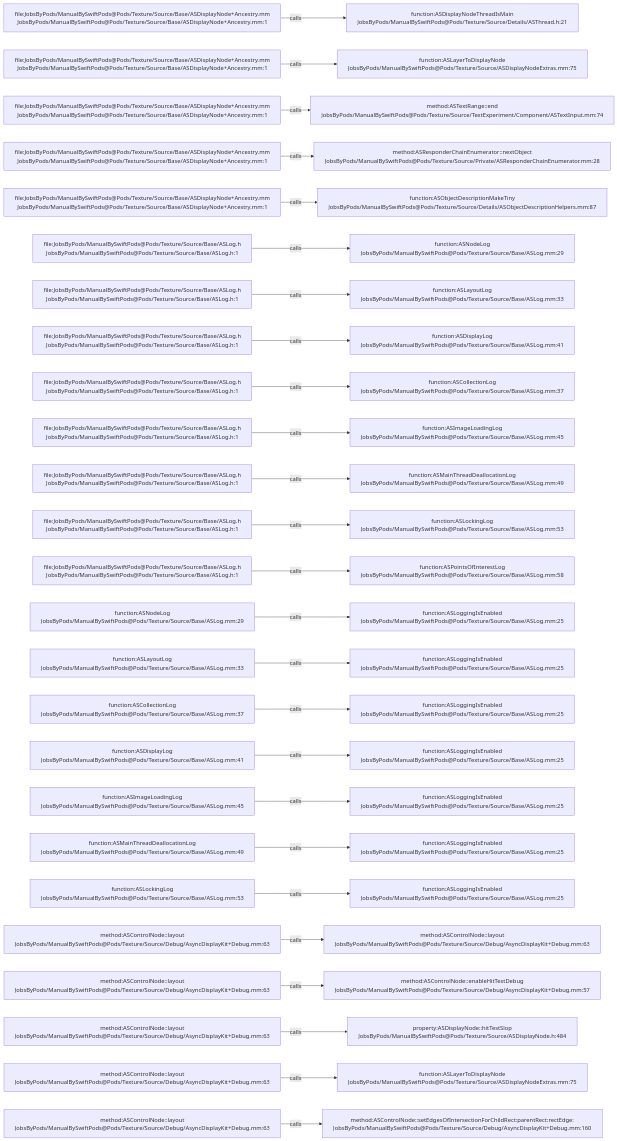
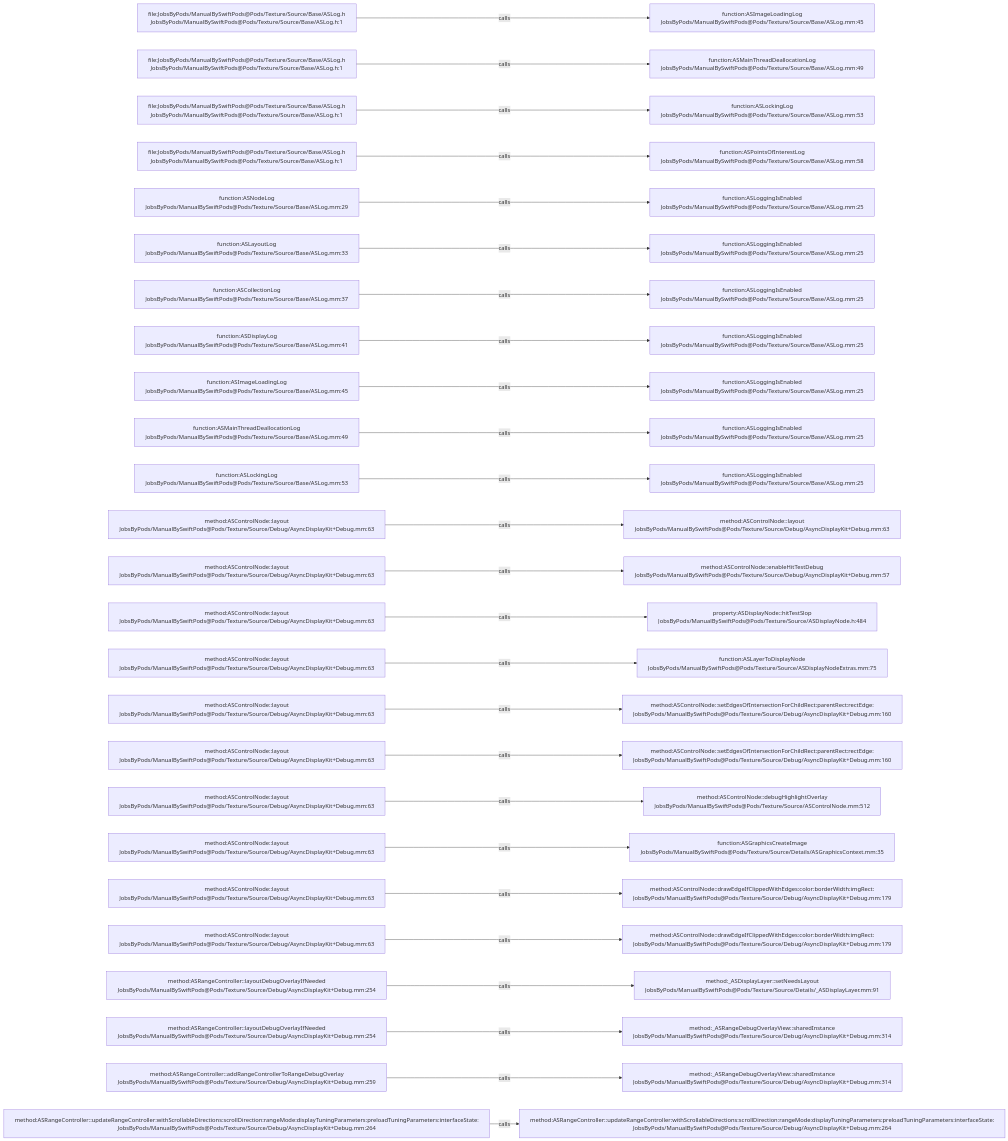
One commit to JobsKits/JobsSwiftBaseConfigDemo changed the diagram in .codegraph/codegraph.md/graphs/calls-079.md. Above: the diagram before and after it, drawn with Mermaid. The commit also changed 707 other files, not shown here.

````diff
--- a/.codegraph/codegraph.md/graphs/calls-079.md
+++ b/.codegraph/codegraph.md/graphs/calls-079.md
@@ -13,78 +13,78 @@
 ```mermaid
 flowchart LR
-  S1["file:JobsByPods/ManualBySwiftPods@Pods/Texture/Source/Base/ASDisplayNode+Ancestry.mm<br/>JobsByPods/ManualBySwiftPods@Pods/Texture/Source/Base/ASDisplayNode+Ancestry.mm:1"]
-  T1["function:ASDisplayNodeThreadIsMain<br/>JobsByPods/ManualBySwiftPods@Pods/Texture/Source/Details/ASThread.h:21"]
+  S1["file:JobsByPods/ManualBySwiftPods@Pods/Texture/Source/Base/ASLog.h<br/>JobsByPods/ManualBySwiftPods@Pods/Texture/Source/Base/ASLog.h:1"]
+  T1["function:ASImageLoadingLog<br/>JobsByPods/ManualBySwiftPods@Pods/Texture/Source/Base/ASLog.mm:45"]
   S1 -->|calls| T1
-  S2["file:JobsByPods/ManualBySwiftPods@Pods/Texture/Source/Base/ASDisplayNode+Ancestry.mm<br/>JobsByPods/ManualBySwiftPods@Pods/Texture/Source/Base/ASDisplayNode+Ancestry.mm:1"]
-  T2["function:ASLayerToDisplayNode<br/>JobsByPods/ManualBySwiftPods@Pods/Texture/Source/ASDisplayNodeExtras.mm:75"]
+  S2["file:JobsByPods/ManualBySwiftPods@Pods/Texture/Source/Base/ASLog.h<br/>JobsByPods/ManualBySwiftPods@Pods/Texture/Source/Base/ASLog.h:1"]
+  T2["function:ASMainThreadDeallocationLog<br/>JobsByPods/ManualBySwiftPods@Pods/Texture/Source/Base/ASLog.mm:49"]
   S2 -->|calls| T2
-  S3["file:JobsByPods/ManualBySwiftPods@Pods/Texture/Source/Base/ASDisplayNode+Ancestry.mm<br/>JobsByPods/ManualBySwiftPods@Pods/Texture/Source/Base/ASDisplayNode+Ancestry.mm:1"]
-  T3["method:ASTextRange::end<br/>JobsByPods/ManualBySwiftPods@Pods/Texture/Source/TextExperiment/Component/ASTextInput.mm:74"]
+  S3["file:JobsByPods/ManualBySwiftPods@Pods/Texture/Source/Base/ASLog.h<br/>JobsByPods/ManualBySwiftPods@Pods/Texture/Source/Base/ASLog.h:1"]
+  T3["function:ASLockingLog<br/>JobsByPods/ManualBySwiftPods@Pods/Texture/Source/Base/ASLog.mm:53"]
   S3 -->|calls| T3
-  S4["file:JobsByPods/ManualBySwiftPods@Pods/Texture/Source/Base/ASDisplayNode+Ancestry.mm<br/>JobsByPods/ManualBySwiftPods@Pods/Texture/Source/Base/ASDisplayNode+Ancestry.mm:1"]
-  T4["method:ASResponderChainEnumerator::nextObject<br/>JobsByPods/ManualBySwiftPods@Pods/Texture/Source/Private/ASResponderChainEnumerator.mm:28"]
+  S4["file:JobsByPods/ManualBySwiftPods@Pods/Texture/Source/Base/ASLog.h<br/>JobsByPods/ManualBySwiftPods@Pods/Texture/Source/Base/ASLog.h:1"]
+  T4["function:ASPointsOfInterestLog<br/>JobsByPods/ManualBySwiftPods@Pods/Texture/Source/Base/ASLog.mm:58"]
   S4 -->|calls| T4
-  S5["file:JobsByPods/ManualBySwiftPods@Pods/Texture/Source/Base/ASDisplayNode+Ancestry.mm<br/>JobsByPods/ManualBySwiftPods@Pods/Texture/Source/Base/ASDisplayNode+Ancestry.mm:1"]
-  T5["function:ASObjectDescriptionMakeTiny<br/>JobsByPods/ManualBySwiftPods@Pods/Texture/Source/Details/ASObjectDescriptionHelpers.mm:87"]
+  S5["function:ASNodeLog<br/>JobsByPods/ManualBySwiftPods@Pods/Texture/Source/Base/ASLog.mm:29"]
+  T5["function:ASLoggingIsEnabled<br/>JobsByPods/ManualBySwiftPods@Pods/Texture/Source/Base/ASLog.mm:25"]
   S5 -->|calls| T5
-  S6["file:JobsByPods/ManualBySwiftPods@Pods/Texture/Source/Base/ASLog.h<br/>JobsByPods/ManualBySwiftPods@Pods/Texture/Source/Base/ASLog.h:1"]
-  T6["function:ASNodeLog<br/>JobsByPods/ManualBySwiftPods@Pods/Texture/Source/Base/ASLog.mm:29"]
+  S6["function:ASLayoutLog<br/>JobsByPods/ManualBySwiftPods@Pods/Texture/Source/Base/ASLog.mm:33"]
+  T6["function:ASLoggingIsEnabled<br/>JobsByPods/ManualBySwiftPods@Pods/Texture/Source/Base/ASLog.mm:25"]
   S6 -->|calls| T6
-  S7["file:JobsByPods/ManualBySwiftPods@Pods/Texture/Source/Base/ASLog.h<br/>JobsByPods/ManualBySwiftPods@Pods/Texture/Source/Base/ASLog.h:1"]
-  T7["function:ASLayoutLog<br/>JobsByPods/ManualBySwiftPods@Pods/Texture/Source/Base/ASLog.mm:33"]
+  S7["function:ASCollectionLog<br/>JobsByPods/ManualBySwiftPods@Pods/Texture/Source/Base/ASLog.mm:37"]
+  T7["function:ASLoggingIsEnabled<br/>JobsByPods/ManualBySwiftPods@Pods/Texture/Source/Base/ASLog.mm:25"]
   S7 -->|calls| T7
-  S8["file:JobsByPods/ManualBySwiftPods@Pods/Texture/Source/Base/ASLog.h<br/>JobsByPods/ManualBySwiftPods@Pods/Texture/Source/Base/ASLog.h:1"]
-  T8["function:ASDisplayLog<br/>JobsByPods/ManualBySwiftPods@Pods/Texture/Source/Base/ASLog.mm:41"]
+  S8["function:ASDisplayLog<br/>JobsByPods/ManualBySwiftPods@Pods/Texture/Source/Base/ASLog.mm:41"]
+  T8["function:ASLoggingIsEnabled<br/>JobsByPods/ManualBySwiftPods@Pods/Texture/Source/Base/ASLog.mm:25"]
   S8 -->|calls| T8
-  S9["file:JobsByPods/ManualBySwiftPods@Pods/Texture/Source/Base/ASLog.h<br/>JobsByPods/ManualBySwiftPods@Pods/Texture/Source/Base/ASLog.h:1"]
-  T9["function:ASCollectionLog<br/>JobsByPods/ManualBySwiftPods@Pods/Texture/Source/Base/ASLog.mm:37"]
+  S9["function:ASImageLoadingLog<br/>JobsByPods/ManualBySwiftPods@Pods/Texture/Source/Base/ASLog.mm:45"]
+  T9["function:ASLoggingIsEnabled<br/>JobsByPods/ManualBySwiftPods@Pods/Texture/Source/Base/ASLog.mm:25"]
   S9 -->|calls| T9
-  S10["file:JobsByPods/ManualBySwiftPods@Pods/Texture/Source/Base/ASLog.h<br/>JobsByPods/ManualBySwiftPods@Pods/Texture/Source/Base/ASLog.h:1"]
-  T10["function:ASImageLoadingLog<br/>JobsByPods/ManualBySwiftPods@Pods/Texture/Source/Base/ASLog.mm:45"]
+  S10["function:ASMainThreadDeallocationLog<br/>JobsByPods/ManualBySwiftPods@Pods/Texture/Source/Base/ASLog.mm:49"]
+  T10["function:ASLoggingIsEnabled<br/>JobsByPods/ManualBySwiftPods@Pods/Texture/Source/Base/ASLog.mm:25"]
   S10 -->|calls| T10
-  S11["file:JobsByPods/ManualBySwiftPods@Pods/Texture/Source/Base/ASLog.h<br/>JobsByPods/ManualBySwiftPods@Pods/Texture/Source/Base/ASLog.h:1"]
-  T11["function:ASMainThreadDeallocationLog<br/>JobsByPods/ManualBySwiftPods@Pods/Texture/Source/Base/ASLog.mm:49"]
+  S11["function:ASLockingLog<br/>JobsByPods/ManualBySwiftPods@Pods/Texture/Source/Base/ASLog.mm:53"]
+  T11["function:ASLoggingIsEnabled<br/>JobsByPods/ManualBySwiftPods@Pods/Texture/Source/Base/ASLog.mm:25"]
   S11 -->|calls| T11
-  S12["file:JobsByPods/ManualBySwiftPods@Pods/Texture/Source/Base/ASLog.h<br/>JobsByPods/ManualBySwiftPods@Pods/Texture/Source/Base/ASLog.h:1"]
-  T12["function:ASLockingLog<br/>JobsByPods/ManualBySwiftPods@Pods/Texture/Source/Base/ASLog.mm:53"]
+  S12["method:ASControlNode::layout<br/>JobsByPods/ManualBySwiftPods@Pods/Texture/Source/Debug/AsyncDisplayKit+Debug.mm:63"]
+  T12["method:ASControlNode::layout<br/>JobsByPods/ManualBySwiftPods@Pods/Texture/Source/Debug/AsyncDisplayKit+Debug.mm:63"]
   S12 -->|calls| T12
-  S13["file:JobsByPods/ManualBySwiftPods@Pods/Texture/Source/Base/ASLog.h<br/>JobsByPods/ManualBySwiftPods@Pods/Texture/Source/Base/ASLog.h:1"]
-  T13["function:ASPointsOfInterestLog<br/>JobsByPods/ManualBySwiftPods@Pods/Texture/Source/Base/ASLog.mm:58"]
+  S13["method:ASControlNode::layout<br/>JobsByPods/ManualBySwiftPods@Pods/Texture/Source/Debug/AsyncDisplayKit+Debug.mm:63"]
+  T13["method:ASControlNode::enableHitTestDebug<br/>JobsByPods/ManualBySwiftPods@Pods/Texture/Source/Debug/AsyncDisplayKit+Debug.mm:57"]
   S13 -->|calls| T13
-  S14["function:ASNodeLog<br/>JobsByPods/ManualBySwiftPods@Pods/Texture/Source/Base/ASLog.mm:29"]
-  T14["function:ASLoggingIsEnabled<br/>JobsByPods/ManualBySwiftPods@Pods/Texture/Source/Base/ASLog.mm:25"]
+  S14["method:ASControlNode::layout<br/>JobsByPods/ManualBySwiftPods@Pods/Texture/Source/Debug/AsyncDisplayKit+Debug.mm:63"]
+  T14["property:ASDisplayNode::hitTestSlop<br/>JobsByPods/ManualBySwiftPods@Pods/Texture/Source/ASDisplayNode.h:484"]
   S14 -->|calls| T14
-  S15["function:ASLayoutLog<br/>JobsByPods/ManualBySwiftPods@Pods/Texture/Source/Base/ASLog.mm:33"]
-  T15["function:ASLoggingIsEnabled<br/>JobsByPods/ManualBySwiftPods@Pods/Texture/Source/Base/ASLog.mm:25"]
+  S15["method:ASControlNode::layout<br/>JobsByPods/ManualBySwiftPods@Pods/Texture/Source/Debug/AsyncDisplayKit+Debug.mm:63"]
+  T15["function:ASLayerToDisplayNode<br/>JobsByPods/ManualBySwiftPods@Pods/Texture/Source/ASDisplayNodeExtras.mm:75"]
   S15 -->|calls| T15
-  S16["function:ASCollectionLog<br/>JobsByPods/ManualBySwiftPods@Pods/Texture/Source/Base/ASLog.mm:37"]
-  T16["function:ASLoggingIsEnabled<br/>JobsByPods/ManualBySwiftPods@Pods/Texture/Source/Base/ASLog.mm:25"]
+  S16["method:ASControlNode::layout<br/>JobsByPods/ManualBySwiftPods@Pods/Texture/Source/Debug/AsyncDisplayKit+Debug.mm:63"]
+  T16["method:ASControlNode::setEdgesOfIntersectionForChildRect:parentRect:rectEdge:<br/>JobsByPods/ManualBySwiftPods@Pods/Texture/Source/Debug/AsyncDisplayKit+Debug.mm:160"]
   S16 -->|calls| T16
-  S17["function:ASDisplayLog<br/>JobsByPods/ManualBySwiftPods@Pods/Texture/Source/Base/ASLog.mm:41"]
-  T17["function:ASLoggingIsEnabled<br/>JobsByPods/ManualBySwiftPods@Pods/Texture/Source/Base/ASLog.mm:25"]
+  S17["method:ASControlNode::layout<br/>JobsByPods/ManualBySwiftPods@Pods/Texture/Source/Debug/AsyncDisplayKit+Debug.mm:63"]
+  T17["method:ASControlNode::setEdgesOfIntersectionForChildRect:parentRect:rectEdge:<br/>JobsByPods/ManualBySwiftPods@Pods/Texture/Source/Debug/AsyncDisplayKit+Debug.mm:160"]
   S17 -->|calls| T17
-  S18["function:ASImageLoadingLog<br/>JobsByPods/ManualBySwiftPods@Pods/Texture/Source/Base/ASLog.mm:45"]
-  T18["function:ASLoggingIsEnabled<br/>JobsByPods/ManualBySwiftPods@Pods/Texture/Source/Base/ASLog.mm:25"]
+  S18["method:ASControlNode::layout<br/>JobsByPods/ManualBySwiftPods@Pods/Texture/Source/Debug/AsyncDisplayKit+Debug.mm:63"]
+  T18["method:ASControlNode::debugHighlightOverlay<br/>JobsByPods/ManualBySwiftPods@Pods/Texture/Source/ASControlNode.mm:512"]
   S18 -->|calls| T18
-  S19["function:ASMainThreadDeallocationLog<br/>JobsByPods/ManualBySwiftPods@Pods/Texture/Source/Base/ASLog.mm:49"]
-  T19["function:ASLoggingIsEnabled<br/>JobsByPods/ManualBySwiftPods@Pods/Texture/Source/Base/ASLog.mm:25"]
+  S19["method:ASControlNode::layout<br/>JobsByPods/ManualBySwiftPods@Pods/Texture/Source/Debug/AsyncDisplayKit+Debug.mm:63"]
+  T19["function:ASGraphicsCreateImage<br/>JobsByPods/ManualBySwiftPods@Pods/Texture/Source/Details/ASGraphicsContext.mm:35"]
   S19 -->|calls| T19
-  S20["function:ASLockingLog<br/>JobsByPods/ManualBySwiftPods@Pods/Texture/Source/Base/ASLog.mm:53"]
-  T20["function:ASLoggingIsEnabled<br/>JobsByPods/ManualBySwiftPods@Pods/Texture/Source/Base/ASLog.mm:25"]
+  S20["method:ASControlNode::layout<br/>JobsByPods/ManualBySwiftPods@Pods/Texture/Source/Debug/AsyncDisplayKit+Debug.mm:63"]
+  T20["method:ASControlNode::drawEdgeIfClippedWithEdges:color:borderWidth:imgRect:<br/>JobsByPods/ManualBySwiftPods@Pods/Texture/Source/Debug/AsyncDisplayKit+Debug.mm:179"]
   S20 -->|calls| T20
   S21["method:ASControlNode::layout<br/>JobsByPods/ManualBySwiftPods@Pods/Texture/Source/Debug/AsyncDisplayKit+Debug.mm:63"]
-  T21["method:ASControlNode::layout<br/>JobsByPods/ManualBySwiftPods@Pods/Texture/Source/Debug/AsyncDisplayKit+Debug.mm:63"]
+  T21["method:ASControlNode::drawEdgeIfClippedWithEdges:color:borderWidth:imgRect:<br/>JobsByPods/ManualBySwiftPods@Pods/Texture/Source/Debug/AsyncDisplayKit+Debug.mm:179"]
   S21 -->|calls| T21
-  S22["method:ASControlNode::layout<br/>JobsByPods/ManualBySwiftPods@Pods/Texture/Source/Debug/AsyncDisplayKit+Debug.mm:63"]
-  T22["method:ASControlNode::enableHitTestDebug<br/>JobsByPods/ManualBySwiftPods@Pods/Texture/Source/Debug/AsyncDisplayKit+Debug.mm:57"]
+  S22["method:ASRangeController::layoutDebugOverlayIfNeeded<br/>JobsByPods/ManualBySwiftPods@Pods/Texture/Source/Debug/AsyncDisplayKit+Debug.mm:254"]
+  T22["method:_ASDisplayLayer::setNeedsLayout<br/>JobsByPods/ManualBySwiftPods@Pods/Texture/Source/Details/_ASDisplayLayer.mm:91"]
   S22 -->|calls| T22
-  S23["method:ASControlNode::layout<br/>JobsByPods/ManualBySwiftPods@Pods/Texture/Source/Debug/AsyncDisplayKit+Debug.mm:63"]
-  T23["property:ASDisplayNode::hitTestSlop<br/>JobsByPods/ManualBySwiftPods@Pods/Texture/Source/ASDisplayNode.h:484"]
+  S23["method:ASRangeController::layoutDebugOverlayIfNeeded<br/>JobsByPods/ManualBySwiftPods@Pods/Texture/Source/Debug/AsyncDisplayKit+Debug.mm:254"]
+  T23["method:_ASRangeDebugOverlayView::sharedInstance<br/>JobsByPods/ManualBySwiftPods@Pods/Texture/Source/Debug/AsyncDisplayKit+Debug.mm:314"]
   S23 -->|calls| T23
-  S24["method:ASControlNode::layout<br/>JobsByPods/ManualBySwiftPods@Pods/Texture/Source/Debug/AsyncDisplayKit+Debug.mm:63"]
-  T24["function:ASLayerToDisplayNode<br/>JobsByPods/ManualBySwiftPods@Pods/Texture/Source/ASDisplayNodeExtras.mm:75"]
+  S24["method:ASRangeController::addRangeControllerToRangeDebugOverlay<br/>JobsByPods/ManualBySwiftPods@Pods/Texture/Source/Debug/AsyncDisplayKit+Debug.mm:259"]
+  T24["method:_ASRangeDebugOverlayView::sharedInstance<br/>JobsByPods/ManualBySwiftPods@Pods/Texture/Source/Debug/AsyncDisplayKit+Debug.mm:314"]
   S24 -->|calls| T24
-  S25["method:ASControlNode::layout<br/>JobsByPods/ManualBySwiftPods@Pods/Texture/Source/Debug/AsyncDisplayKit+Debug.mm:63"]
-  T25["method:ASControlNode::setEdgesOfIntersectionForChildRect:parentRect:rectEdge:<br/>JobsByPods/ManualBySwiftPods@Pods/Texture/Source/Debug/AsyncDisplayKit+Debug.mm:160"]
+  S25["method:ASRangeController::updateRangeController:withScrollableDirections:scrollDirection:rangeMode:displayTuningParameters:preloadTuningParameters:interfaceState:<br/>JobsByPods/ManualBySwiftPods@Pods/Texture/Source/Debug/AsyncDisplayKit+Debug.mm:264"]
+  T25["method:ASRangeController::updateRangeController:withScrollableDirections:scrollDirection:rangeMode:displayTuningParameters:preloadTuningParameters:interfaceState:<br/>JobsByPods/ManualBySwiftPods@Pods/Texture/Source/Debug/AsyncDisplayKit+Debug.mm:264"]
   S25 -->|calls| T25
 ```
````
